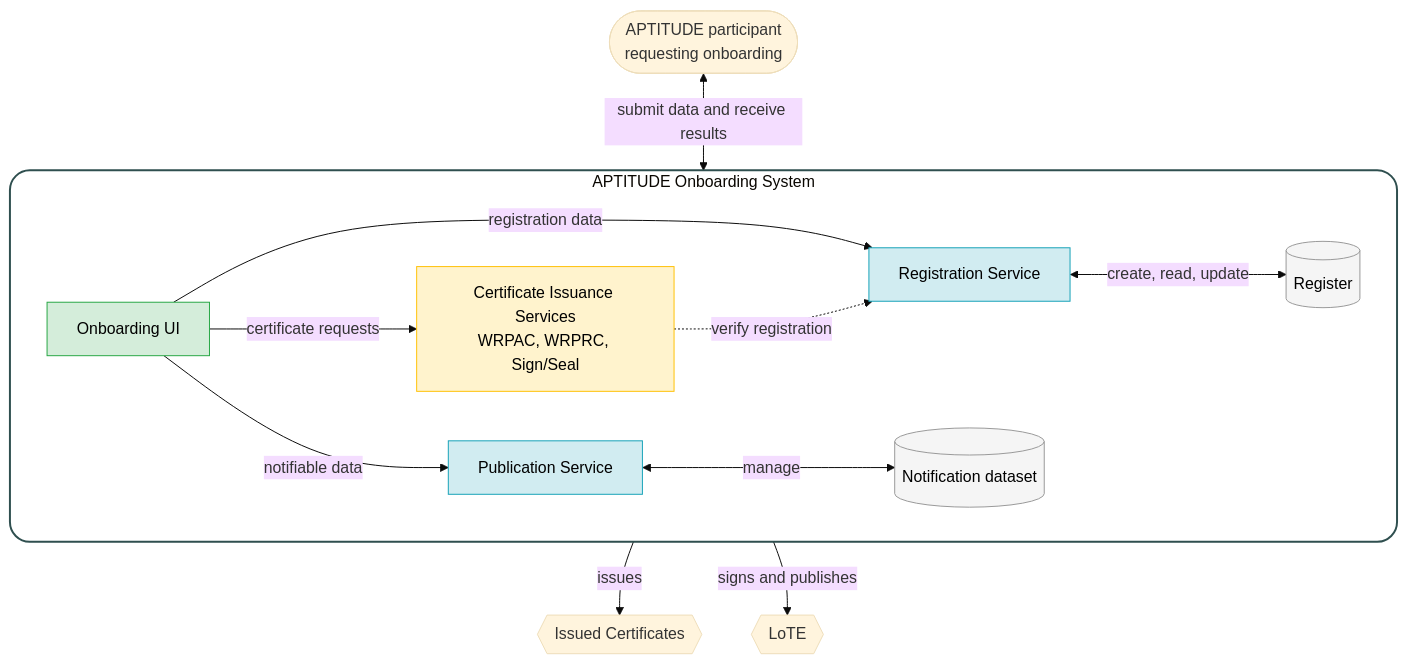
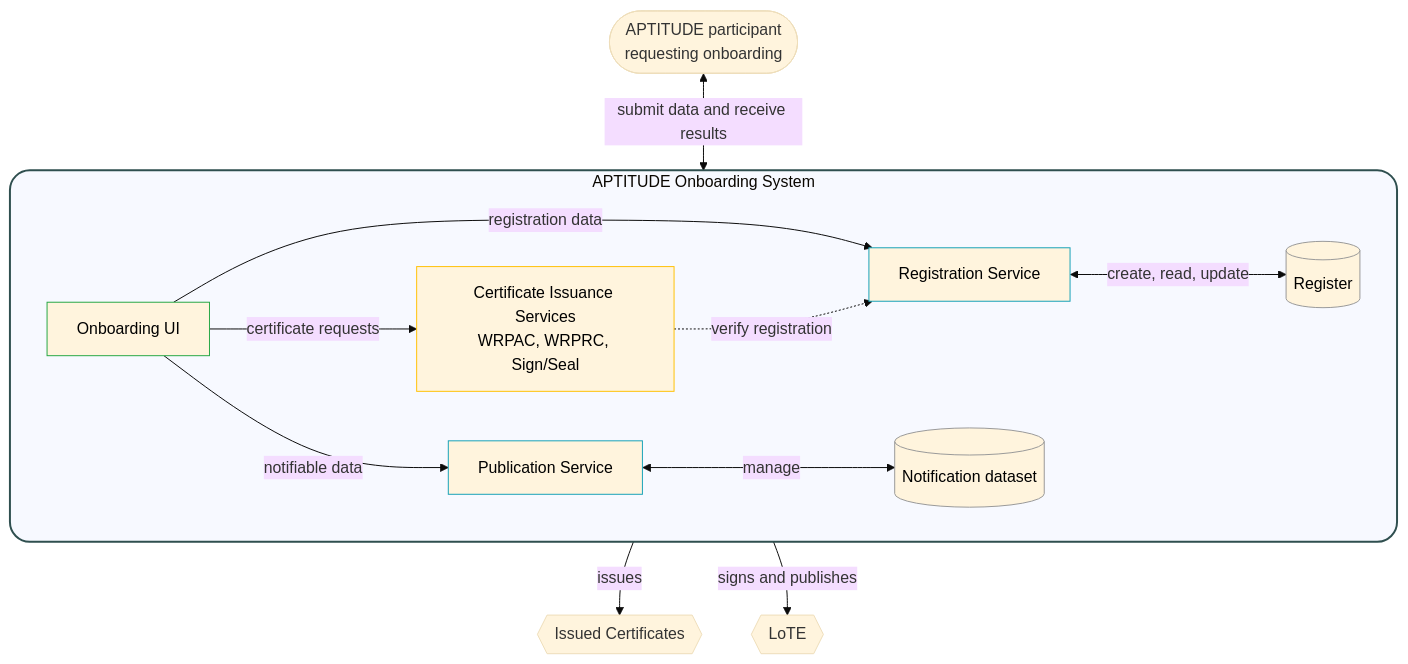
The third of 3 diagrams in docs/topics/trust-architecture.md (APTITUDE-Consortium/wp2-trust-specifications), drawn with Mermaid (base theme) before and after one commit. The commit also changed other lines of this file and 20 other files, not shown here.

````diff
--- a/docs/topics/trust-architecture.md
+++ b/docs/topics/trust-architecture.md
@@ -144,34 +147,34 @@
 ```mermaid
 flowchart TB
     Entity(["APTITUDE participant<br/>requesting onboarding"])
 
     subgraph System["APTITUDE Onboarding System"]
         direction LR
         UI["Onboarding UI"]:::interface
         RegSvc["Registration Service"]:::service
         CertSvc["Certificate Issuance Services<br/>WRPAC, WRPRC, Sign/Seal"]:::certificate
         PubSvc["Publication Service"]:::service
         Register[("Register")]:::store
         Notification[("Notification dataset")]:::store
 
         UI -->|"registration data"| RegSvc
         RegSvc <-->|"create, read, update"| Register
         UI -->|"certificate requests"| CertSvc
         CertSvc -.->|"verify registration"| RegSvc
         UI -->|"notifiable data"| PubSvc
         PubSvc <-->|"manage"| Notification
     end
 
     Certificates{{"Issued Certificates"}}
     Lists{{"LoTE"}}
 
     Entity <-->|"submit data and receive results"| UI
     CertSvc -->|"issues"| Certificates
     PubSvc -->|"signs and publishes"| Lists
 
-    classDef interface fill:#d4edda,stroke:#28a745,color:#000;
-    classDef service fill:#d1ecf1,stroke:#17a2b8,color:#000;
-    classDef certificate fill:#fff3cd,stroke:#ffc107,color:#000;
-    classDef store fill:#f5f5f5,stroke:#999,color:#000;
-    style System fill:#fff,stroke:#2f4f4f,stroke-width:2px,rx:20,ry:20
+    classDef interface stroke:#28a745,color:#000;
+    classDef service stroke:#17a2b8,color:#000;
+    classDef certificate stroke:#ffc107,color:#000;
+    classDef store stroke:#999,color:#000;
+    style System stroke:#2f4f4f,stroke-width:2px,rx:20,ry:20
 ```
````
